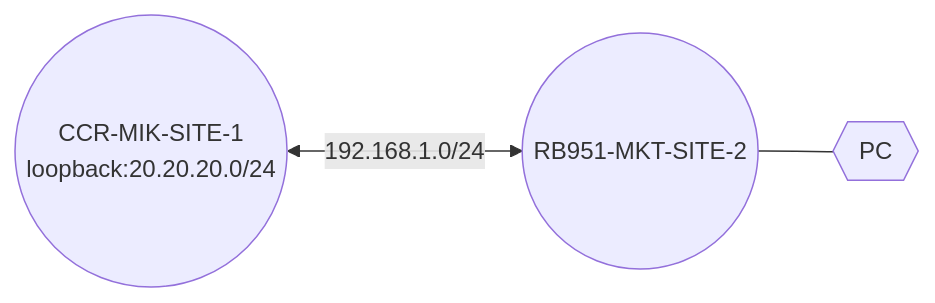
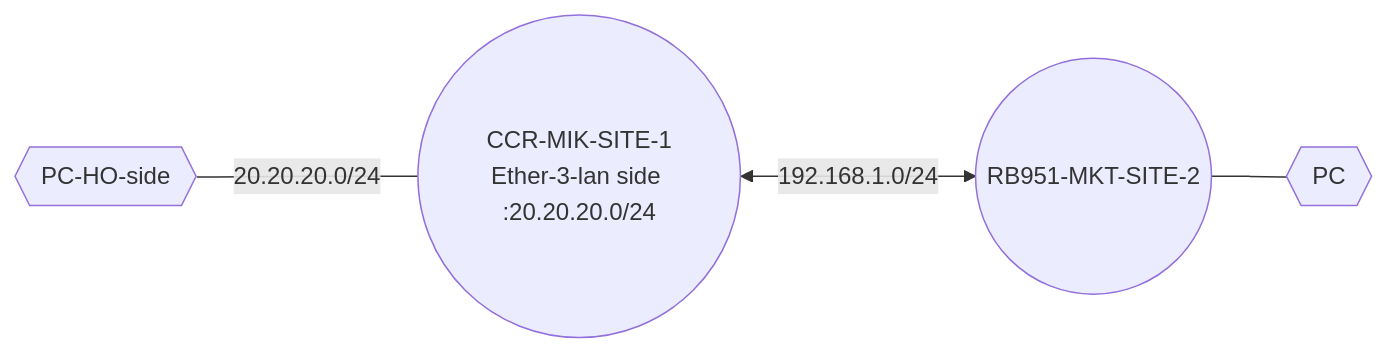
Before and after one commit to Rajeev-Tamang/Mikrotik_MTCNA_MTCRE_MTCSE: the diagram in MTCRE/MTCRE.md, drawn with Mermaid. The commit also changed other lines of this file, not shown here.

````diff
--- a/MTCRE/MTCRE.md
+++ b/MTCRE/MTCRE.md
@@ -4,4 +3,4 @@
 ```mermaid
 graph LR
-Mikrotik1((CCR-MIK-SITE-1<br>loopback:20.20.20.0/24))<-->|192.168.1.0/24|Mikrotik2((RB951-MKT-SITE-2))---PC{{PC}}
+PC1{{PC-HO-side}}---|20.20.20.0/24|Mikrotik1((CCR-MIK-SITE-1<br>Ether-3-lan side :20.20.20.0/24))<-->|192.168.1.0/24|Mikrotik2((RB951-MKT-SITE-2))---PC{{PC}}
 ```
````
